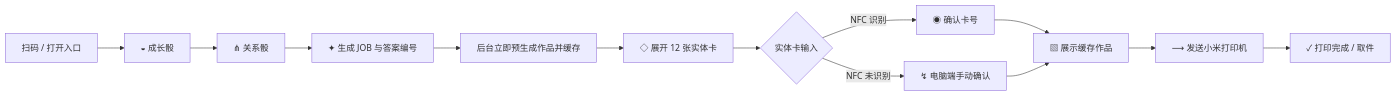
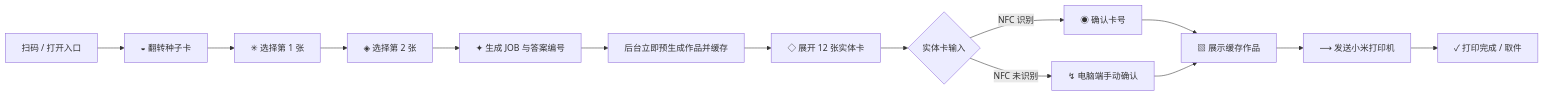
One commit to joeyhu1108-maker/between-symbol-first-design-system changed the first of 4 diagrams in ARCHITECTURE-AND-FLOW.md. Above: the diagram before and after it, drawn with Mermaid. The commit also changed other lines of this file and 3 other files, not shown here.

Commit message:
Shift entry flow to tactile seed card selection

````diff
--- a/ARCHITECTURE-AND-FLOW.md
+++ b/ARCHITECTURE-AND-FLOW.md
@@ -7,15 +7,16 @@
 ```mermaid
 flowchart LR
-  A[扫码 / 打开入口] --> B[◒ 成长骰]
-  B --> C[⋔ 关系骰]
-  C --> D[✦ 生成 JOB 与答案编号]
-  D --> E[后台立即预生成作品并缓存]
-  E --> F[◇ 展开 12 张实体卡]
-  F --> G{实体卡输入}
-  G -->|NFC 识别| H[◉ 确认卡号]
-  G -->|NFC 未识别| I[↯ 电脑端手动确认]
-  H --> J[▧ 展示缓存作品]
-  I --> J
-  J --> K[⟶ 发送小米打印机]
-  K --> L[✓ 打印完成 / 取件]
+  A[扫码 / 打开入口] --> B[◒ 翻转种子卡]
+  B --> C[✳ 选择第 1 张]
+  C --> D[◈ 选择第 2 张]
+  D --> E[✦ 生成 JOB 与答案编号]
+  E --> F[后台立即预生成作品并缓存]
+  F --> G[◇ 展开 12 张实体卡]
+  G --> H{实体卡输入}
+  H -->|NFC 识别| I[◉ 确认卡号]
+  H -->|NFC 未识别| J[↯ 电脑端手动确认]
+  I --> K[▧ 展示缓存作品]
+  J --> K
+  K --> L[⟶ 发送小米打印机]
+  L --> M[✓ 打印完成 / 取件]
 ```
````
